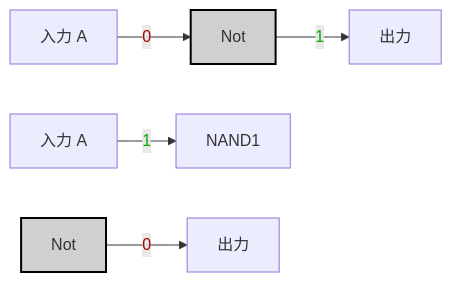
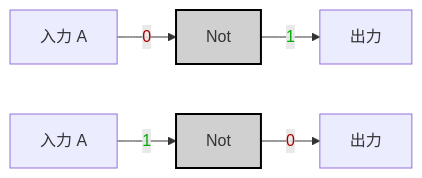
One commit to MeJamoLeo/Vault_Templates changed the first of 2 diagrams in 99_Projects/Nand2Tetris/HackHDL/01_NOT.md. Above: the diagram before and after it, drawn with Mermaid. The commit also changed other lines of this file and 3 other files, not shown here.

````diff
--- a/99_Projects/Nand2Tetris/HackHDL/01_NOT.md
+++ b/99_Projects/Nand2Tetris/HackHDL/01_NOT.md
@@ -19,10 +19,10 @@
 ``` mermaid
 graph LR;
     A0["入力 A"] -->|<span style="color:#a00">0</span>| NAND0;
     NAND0["Not"]:::gate -->|<span style="color:#0a0">1</span>| OUT0["出力"];
 
     A1["入力 A"] -->|<span style="color:#0a0">1</span>| NAND1;
-    Nand1["Not"]:::gate -->|<span style="color:#a00">0</span>| OUT1["出力"];
+    NAND1["Not"]:::gate -->|<span style="color:#a00">0</span>| OUT1["出力"];
 
     classDef gate fill:#d0d0d0,stroke:#000,stroke-width:2px;
 ```
````
